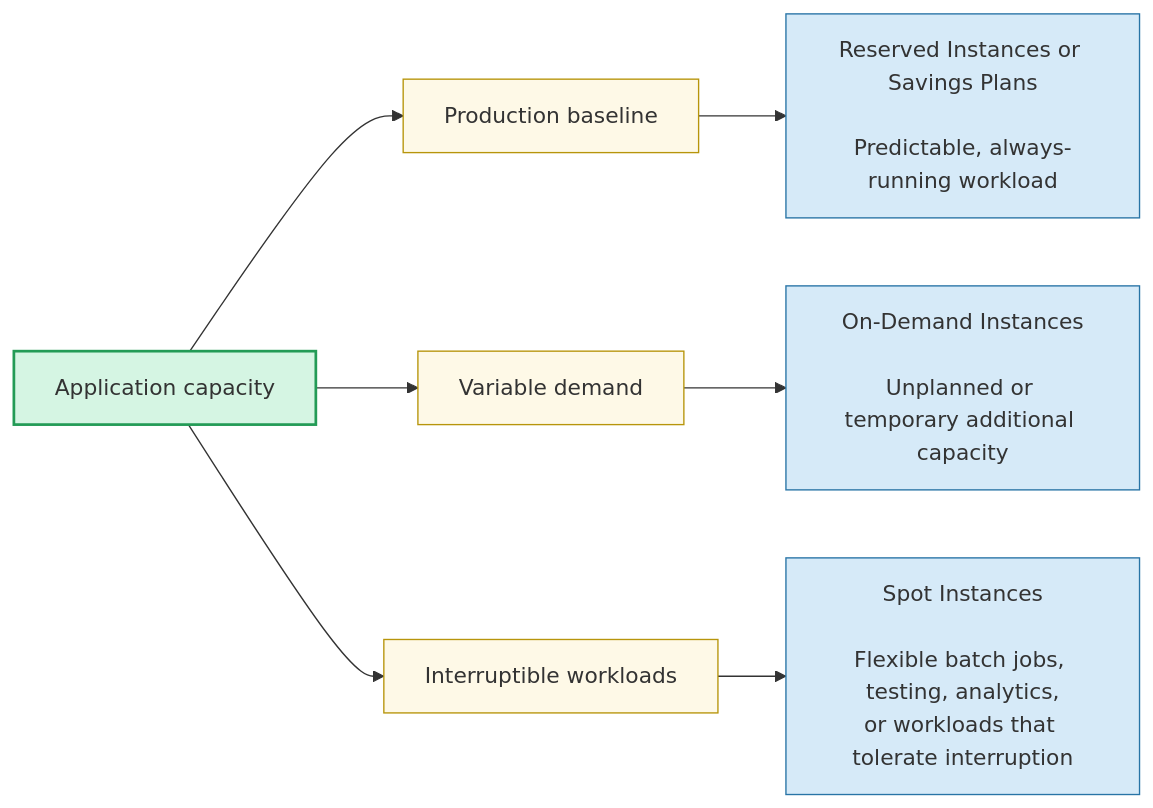
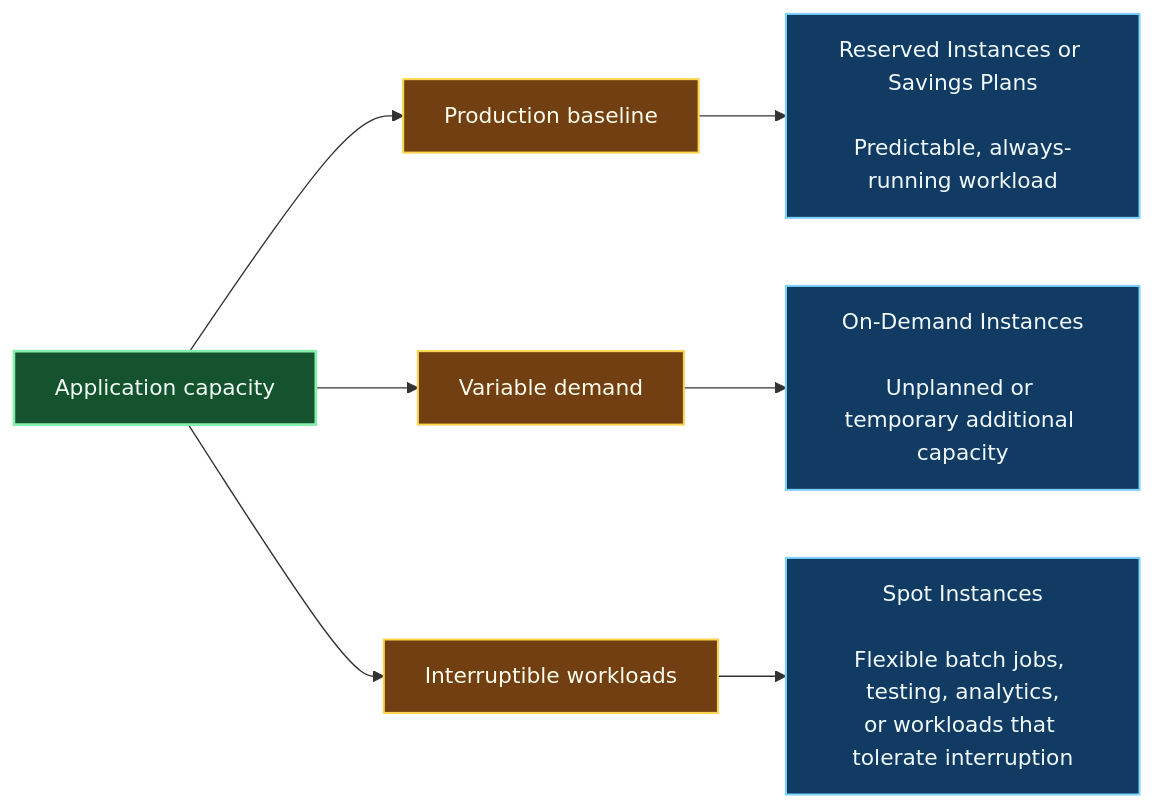
The second of 3 diagrams in aws_CLF_C02/study_notes/notes_by_domain_review_transcripts/4.1.md (monitus2022/cert_study_notes), drawn with Mermaid before and after one commit. The commit also changed other lines of this file, not shown here.

````diff
--- a/aws_CLF_C02/study_notes/notes_by_domain_review_transcripts/4.1.md
+++ b/aws_CLF_C02/study_notes/notes_by_domain_review_transcripts/4.1.md
@@ -632,18 +632,18 @@
 ```mermaid
 flowchart LR
     A[Application capacity] --> B[Production baseline]
     A --> C[Variable demand]
     A --> D[Interruptible workloads]
 
     B --> B1["Reserved Instances or Savings Plans<br/><br/>Predictable, always-running workload"]
     C --> C1["On-Demand Instances<br/><br/>Unplanned or temporary additional capacity"]
     D --> D1["Spot Instances<br/><br/>Flexible batch jobs, testing, analytics,<br/>or workloads that tolerate interruption"]
 
-    classDef source fill:#d5f5e3,stroke:#239b56,stroke-width:2px;
-    classDef category fill:#fef9e7,stroke:#b7950b;
-    classDef result fill:#d6eaf8,stroke:#2874a6;
+    classDef source fill:#14532d,stroke:#86efac,color:#f0fdf4,stroke-width:2px;
+    classDef category fill:#713f12,stroke:#fcd34d,color:#fffbeb,stroke-width:1.5px;
+    classDef result fill:#123b63,stroke:#7dd3fc,color:#f0f9ff,stroke-width:1.5px;
 
     class A source;
     class B,C,D category;
     class B1,C1,D1 result;
 ```
````
